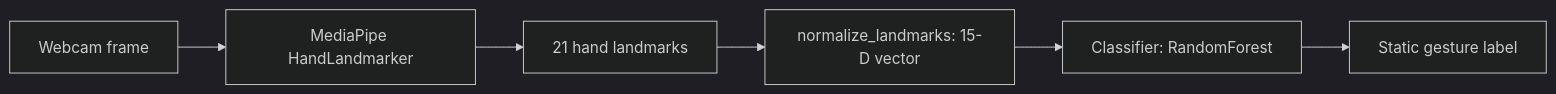
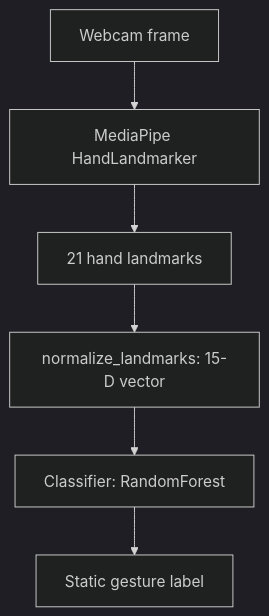
One commit to Schieberegisters/PixelFlight changed the diagram in Static/README.md. Above: the diagram before and after it, drawn with Mermaid (dark theme). The commit also changed 1 other file, not shown here.

Commit message:
fixed diagrams

````diff
--- a/Static/README.md
+++ b/Static/README.md
@@ -80,8 +80,8 @@
 ```mermaid
-flowchart LR
+flowchart TD
   A["Webcam frame"] --> B["MediaPipe HandLandmarker"]
   B --> C["21 hand landmarks"]
   C --> D["normalize_landmarks: 15-D vector"]
   D --> E["Classifier: RandomForest"]
   E --> F["Static gesture label"]
 ```
````
